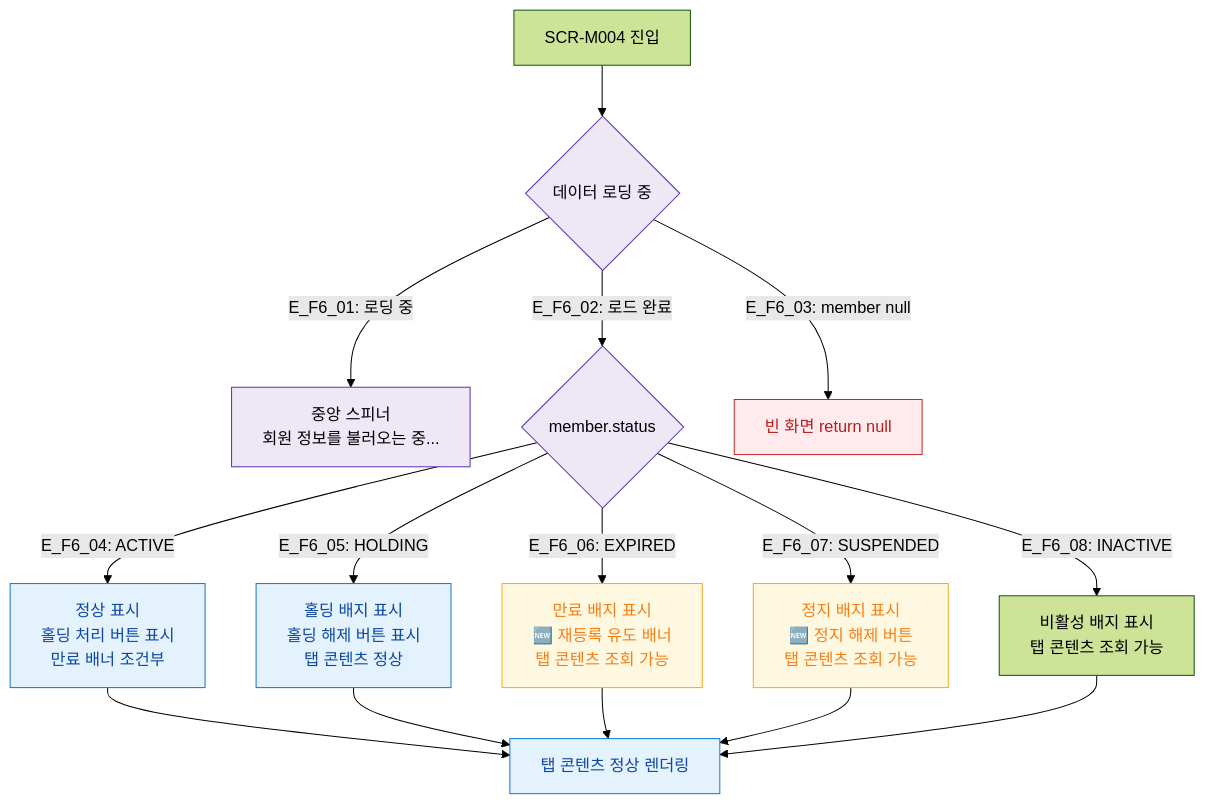
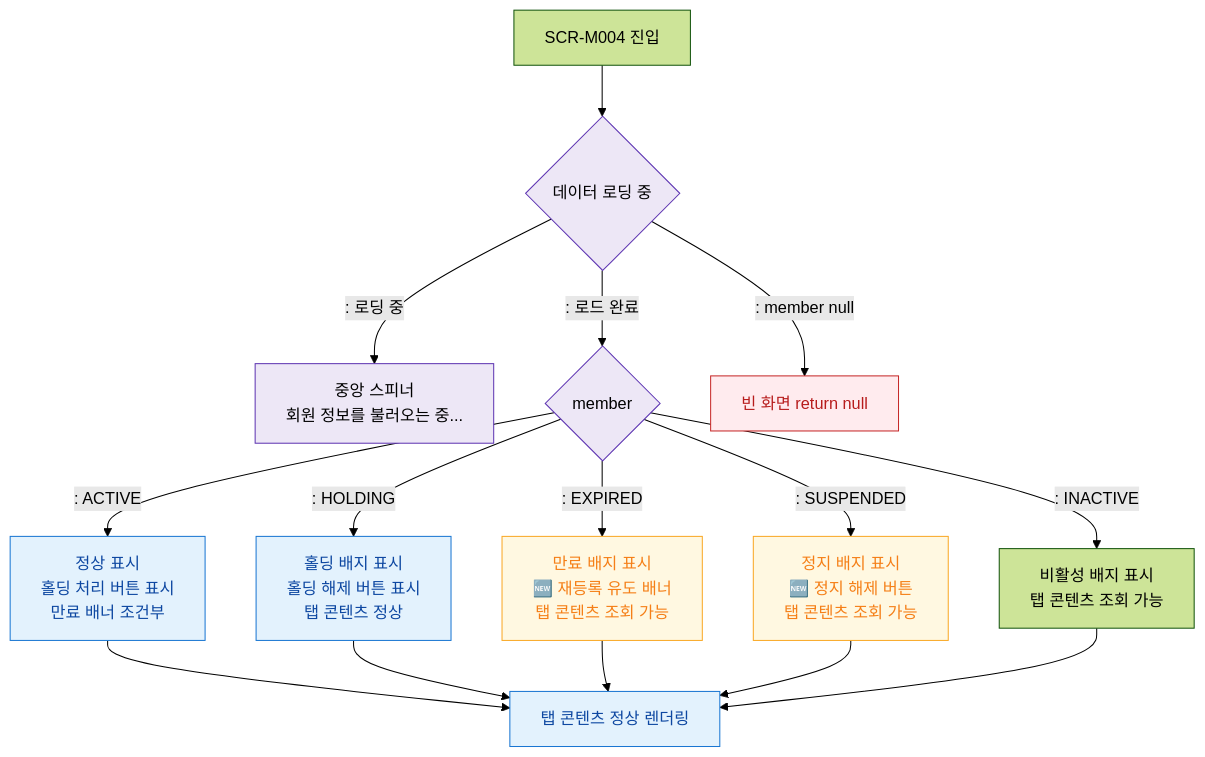
One commit to dev-spogym/admin-pando changed the diagram in docs/다이어그램/D02_회원관리/SCR-M004_회원상세/F6_상태별.md. Above: the diagram before and after it, drawn with Mermaid (forest theme). The commit also changed other lines of this file and 1660 other files, not shown here.

First line of the commit message:
다이어그램: 기획자/클라이언트 납품본으로 정리

````diff
--- a/docs/다이어그램/D02_회원관리/SCR-M004_회원상세/F6_상태별.md
+++ b/docs/다이어그램/D02_회원관리/SCR-M004_회원상세/F6_상태별.md
@@ -22,30 +20,30 @@
 ```mermaid
 flowchart TD
   ENTER[SCR-M004 진입] --> LOADING{데이터 로딩 중}
-  LOADING -->|"E_F6_01: 로딩 중"| SPINNER[중앙 스피너\n회원 정보를 불러오는 중...]
-  LOADING -->|"E_F6_02: 로드 완료"| STATUS{member.status}
-  LOADING -->|"E_F6_03: member null"| NULL_SCREEN[빈 화면 return null]
+  LOADING -->|": 로딩 중"|SPINNER[중앙 스피너\n회원 정보를 불러오는 중...]
+  LOADING -->|": 로드 완료"|STATUS{member}
+  LOADING -->|": member null"|NULL_SCREEN[빈 화면 return null]
 
-  STATUS -->|"E_F6_04: ACTIVE"| ACT[정상 표시\n홀딩 처리 버튼 표시\n만료 배너 조건부]
-  STATUS -->|"E_F6_05: HOLDING"| HOLD[홀딩 배지 표시\n홀딩 해제 버튼 표시\n탭 콘텐츠 정상]
-  STATUS -->|"E_F6_06: EXPIRED"| EXP[만료 배지 표시\n🆕 재등록 유도 배너\n탭 콘텐츠 조회 가능]
-  STATUS -->|"E_F6_07: SUSPENDED"| SUSP[정지 배지 표시\n🆕 정지 해제 버튼\n탭 콘텐츠 조회 가능]
-  STATUS -->|"E_F6_08: INACTIVE"| INACT[비활성 배지 표시\n탭 콘텐츠 조회 가능]
+  STATUS -->|": ACTIVE"|ACT[정상 표시\n홀딩 처리 버튼 표시\n만료 배너 조건부]
+  STATUS -->|": HOLDING"|HOLD[홀딩 배지 표시\n홀딩 해제 버튼 표시\n탭 콘텐츠 정상]
+  STATUS -->|": EXPIRED"|EXP[만료 배지 표시\n🆕 재등록 유도 배너\n탭 콘텐츠 조회 가능]
+  STATUS -->|": SUSPENDED"|SUSP[정지 배지 표시\n🆕 정지 해제 버튼\n탭 콘텐츠 조회 가능]
+  STATUS -->|": INACTIVE"|INACT[비활성 배지 표시\n탭 콘텐츠 조회 가능]
 
   ACT --> TABS[탭 콘텐츠 정상 렌더링]
   HOLD --> TABS
   EXP --> TABS
   SUSP --> TABS
   INACT --> TABS
 
   classDef screen fill:#E3F2FD,stroke:#1976D2,color:#0D47A1
   classDef system fill:#EDE7F6,stroke:#5E35B2
   classDef warning fill:#FFF8E1,stroke:#F9A825,color:#F57F17
   classDef error fill:#FFEBEE,stroke:#C62828,color:#B71C1C
   classDef newFeature fill:#F3E5F5,stroke:#9C27B0,stroke-dasharray:5 5
   class ACT,HOLD,TABS screen
   class LOADING,STATUS system
   class EXP,SUSP warning
   class NULL_SCREEN error
   class SPINNER system
 ```
````
